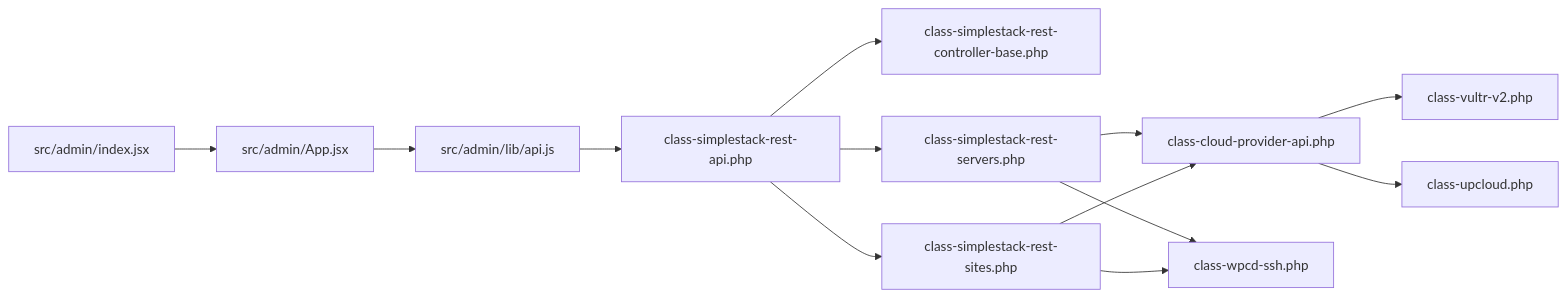
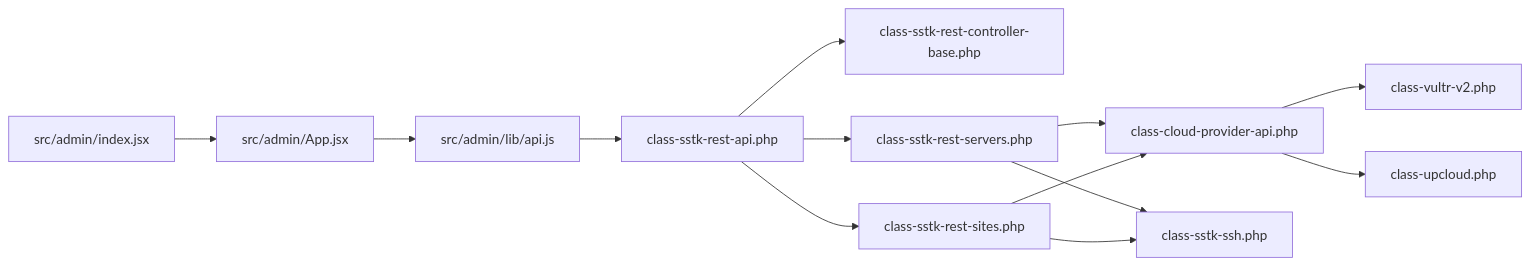
Before and after one commit to onedogsolutions/simple-stack: the tenth of 10 diagrams in .qoder/repowiki/en/content/System Architecture/System Architecture.md, drawn with Mermaid. The commit also changed other lines of this file and 5941 other files, not shown here.

````diff
--- a/.qoder/repowiki/en/content/System Architecture/System Architecture.md
+++ b/.qoder/repowiki/en/content/System Architecture/System Architecture.md
@@ -454,15 +454,15 @@
 ```mermaid
 graph LR
 ReactIndex["src/admin/index.jsx"] --> AppJSX["src/admin/App.jsx"]
 AppJSX --> ApiJS["src/admin/lib/api.js"]
-ApiJS --> RESTAPI["class-simplestack-rest-api.php"]
-RESTAPI --> BaseCtrl["class-simplestack-rest-controller-base.php"]
-RESTAPI --> ServersCtrl["class-simplestack-rest-servers.php"]
-RESTAPI --> SitesCtrl["class-simplestack-rest-sites.php"]
+ApiJS --> RESTAPI["class-sstk-rest-api.php"]
+RESTAPI --> BaseCtrl["class-sstk-rest-controller-base.php"]
+RESTAPI --> ServersCtrl["class-sstk-rest-servers.php"]
+RESTAPI --> SitesCtrl["class-sstk-rest-sites.php"]
 ServersCtrl --> ProviderBase["class-cloud-provider-api.php"]
 SitesCtrl --> ProviderBase
 ProviderBase --> Vultr["class-vultr-v2.php"]
 ProviderBase --> UpCloud["class-upcloud.php"]
-ServersCtrl --> SSH["class-wpcd-ssh.php"]
+ServersCtrl --> SSH["class-sstk-ssh.php"]
 SitesCtrl --> SSH
 ```
````
